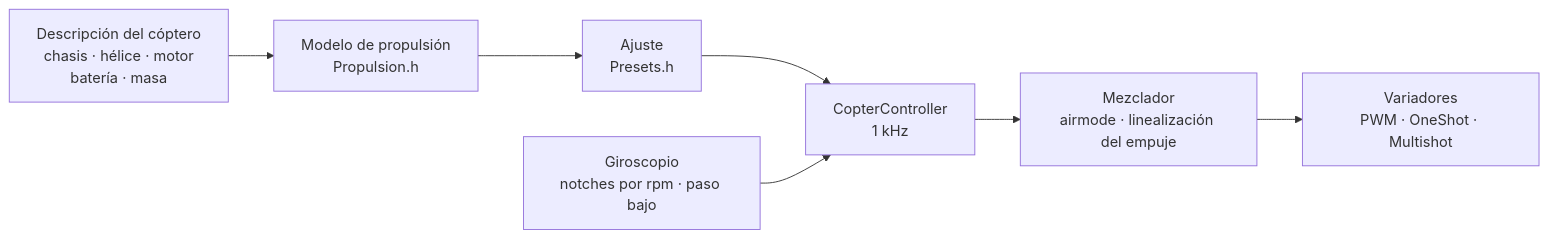
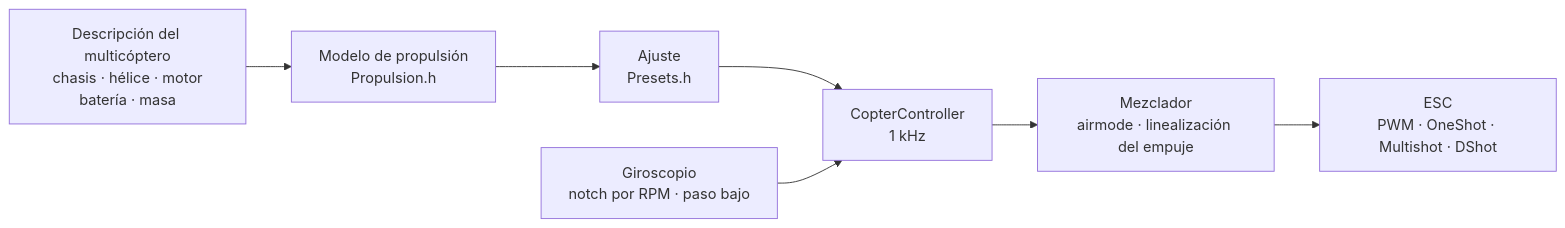
The diagram in docs/i18n/es/COPTER.md (damir-lebedev/OpenPlaneProject), drawn with Mermaid before and after one commit. The commit also changed other lines of this file and 21 other files, not shown here.

````diff
--- a/docs/i18n/es/COPTER.md
+++ b/docs/i18n/es/COPTER.md
@@ -20,9 +21,9 @@
 ```mermaid
 flowchart LR
-    D["Descripción del cóptero<br/>chasis · hélice · motor<br/>batería · masa"] --> M["Modelo de propulsión<br/>Propulsion.h"]
+    D["Descripción del multicóptero<br/>chasis · hélice · motor<br/>batería · masa"] --> M["Modelo de propulsión<br/>Propulsion.h"]
     M --> T["Ajuste<br/>Presets.h"]
     T --> C["CopterController<br/>1 kHz"]
-    G["Giroscopio<br/>notches por rpm · paso bajo"] --> C
+    G["Giroscopio<br/>notch por RPM · paso bajo"] --> C
     C --> X["Mezclador<br/>airmode · linealización del empuje"]
-    X --> E["Variadores<br/>PWM · OneShot · Multishot"]
+    X --> E["ESC<br/>PWM · OneShot · Multishot · DShot"]
 ```
````
